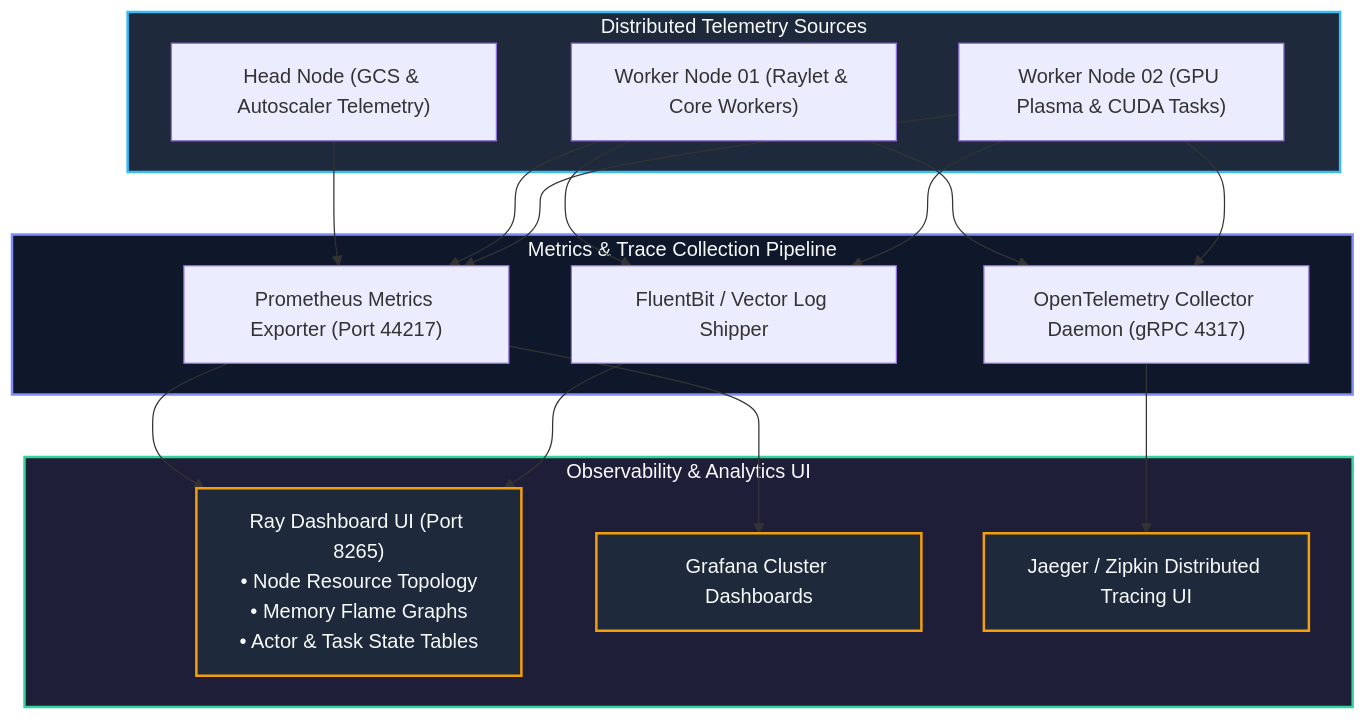
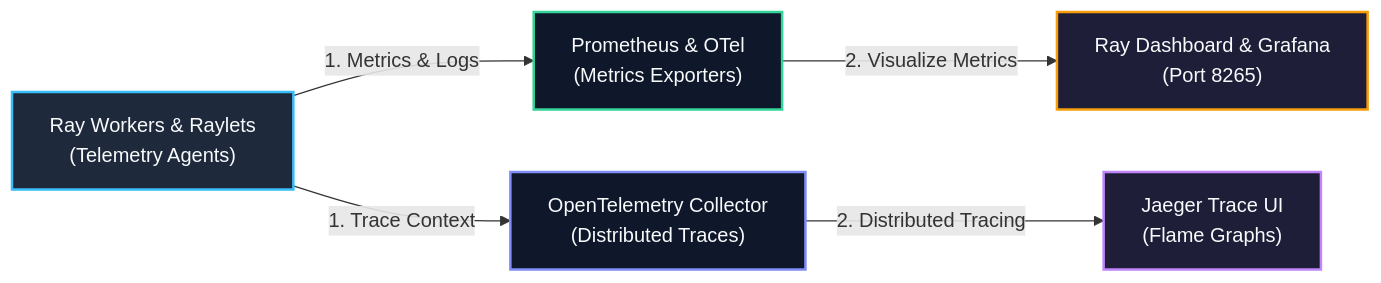
The diagram in docs/guides/13-observability.md (dnf0/raylings), drawn with Mermaid before and after one commit. The commit also changed other lines of this file and 22 other files, not shown here.

Commit message:
docs: streamline mermaid diagrams and attach conceptual walkthroughs (#26)

````diff
--- a/docs/guides/13-observability.md
+++ b/docs/guides/13-observability.md
@@ -17,40 +17,13 @@
 ```mermaid
-flowchart TD
-    subgraph TelemetrySources["Distributed Telemetry Sources"]
-        HeadDaemon["Head Node (GCS & Autoscaler Telemetry)"]
-        Worker1["Worker Node 01 (Raylet & Core Workers)"]
-        Worker2["Worker Node 02 (GPU Plasma & CUDA Tasks)"]
-    end
+flowchart LR
+    Workers["Ray Workers & Raylets<br/>(Telemetry Agents)"] -->|"1. Metrics & Logs"| Prom["Prometheus & OTel<br/>(Metrics Exporters)"]
+    Workers -->|"1. Trace Context"| OTel["OpenTelemetry Collector<br/>(Distributed Traces)"]
+    Prom -->|"2. Visualize Metrics"| Dash["Ray Dashboard & Grafana<br/>(Port 8265)"]
+    OTel -->|"2. Distributed Tracing"| Jaeger["Jaeger Trace UI<br/>(Flame Graphs)"]
 
-    subgraph CollectionPlane["Metrics & Trace Collection Pipeline"]
-        Prom["Prometheus Metrics Exporter (Port 44217)"]
-        OTel["OpenTelemetry Collector Daemon (gRPC 4317)"]
-        LogAgg["FluentBit / Vector Log Shipper"]
-    end
-
-    subgraph ObservabilityUI["Observability & Analytics UI"]
-        Dashboard["Ray Dashboard UI (Port 8265)<br/>• Node Resource Topology<br/>• Memory Flame Graphs<br/>• Actor & Task State Tables"]
-        Grafana["Grafana Cluster Dashboards"]
-        Jaeger["Jaeger / Zipkin Distributed Tracing UI"]
-    end
-
-    HeadDaemon --> Prom
-    Worker1 --> Prom
-    Worker2 --> Prom
-    Worker1 --> OTel
-    Worker2 --> OTel
-    Worker1 --> LogAgg
-    Worker2 --> LogAgg
-
-    Prom --> Dashboard
-    Prom --> Grafana
-    OTel --> Jaeger
-    LogAgg --> Dashboard
-
-    style TelemetrySources fill:#1e293b,stroke:#38bdf8,stroke-width:2px,color:#f8fafc
-    style CollectionPlane fill:#0f172a,stroke:#818cf8,stroke-width:2px,color:#f8fafc
-    style ObservabilityUI fill:#1e1e38,stroke:#34d399,stroke-width:2px,color:#f8fafc
-    style Dashboard fill:#1e293b,stroke:#f59e0b,stroke-width:2px,color:#f8fafc
-    style Grafana fill:#1e293b,stroke:#f59e0b,stroke-width:2px,color:#f8fafc
-    style Jaeger fill:#1e293b,stroke:#f59e0b,stroke-width:2px,color:#f8fafc
+    style Workers fill:#1e293b,stroke:#38bdf8,stroke-width:2px,color:#f8fafc
+    style Prom fill:#0f172a,stroke:#34d399,stroke-width:2px,color:#f8fafc
+    style OTel fill:#0f172a,stroke:#818cf8,stroke-width:2px,color:#f8fafc
+    style Dash fill:#1e1e38,stroke:#f59e0b,stroke-width:2px,color:#f8fafc
+    style Jaeger fill:#1e1e38,stroke:#c084fc,stroke-width:2px,color:#f8fafc
 ```
````
